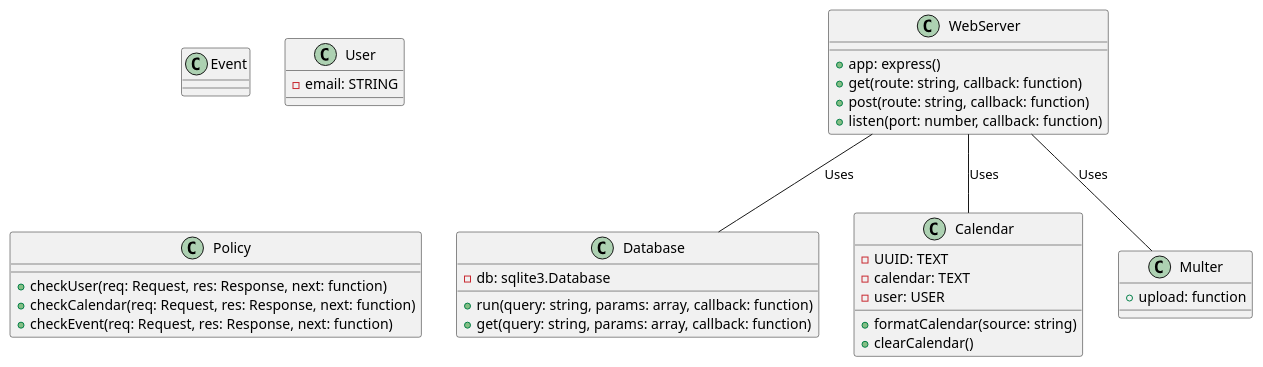
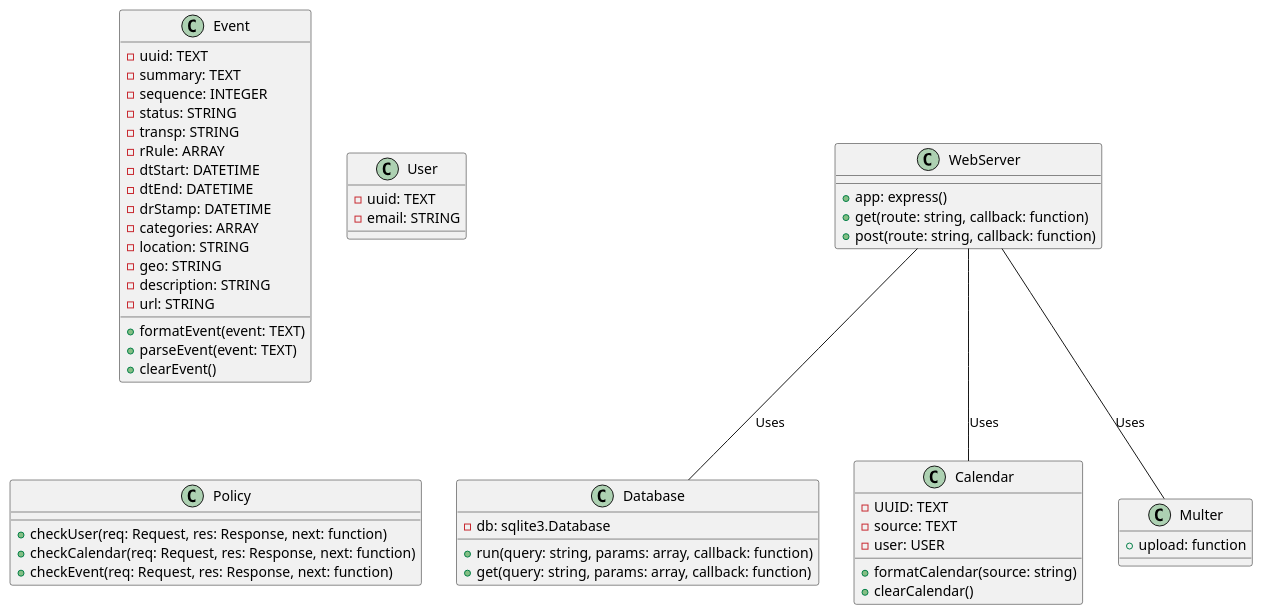
The diagram in uml.plantuml (YannickPerret/Yach), drawn with PlantUML before and after one commit. The commit also changed 23 other files, not shown here.

Commit message:
rename file and add prisma ORM database, create schema

```diff
--- a/uml.plantuml
+++ b/uml.plantuml
@@ -1,45 +1,64 @@
 @startuml
 
 class WebServer {
   +app: express()
   +get(route: string, callback: function)
   +post(route: string, callback: function)
-  +listen(port: number, callback: function)
 }
 
 class Database {
   -db: sqlite3.Database
   +run(query: string, params: array, callback: function)
   +get(query: string, params: array, callback: function)
 }
 
 class Calendar {
   -UUID: TEXT
-  -calendar: TEXT
+  -source: TEXT
   -user: USER
   +formatCalendar(source: string)
   +clearCalendar()
 }
 
+
 class Event {
+  -uuid: TEXT
+  -summary: TEXT
+  -sequence: INTEGER
+  -status: STRING
+  -transp: STRING
+  -rRule: ARRAY
+  -dtStart: DATETIME
+  -dtEnd: DATETIME
+  -drStamp: DATETIME
+  -categories: ARRAY
+  -location: STRING
+  -geo: STRING
+  -description: STRING
+  -url: STRING
+
+  +formatEvent(event: TEXT)
+  +parseEvent(event: TEXT)
+  +clearEvent()
 }
 
 class User {
+  -uuid: TEXT
   -email: STRING
 }
 
 class Policy {
   +checkUser(req: Request, res: Response, next: function)
   +checkCalendar(req: Request, res: Response, next: function)
   +checkEvent(req: Request, res: Response, next: function)
 }
 
 class Multer {
   +upload: function
 }
 
 WebServer -- Multer: Uses
 WebServer -- Database: Uses
 WebServer -- Calendar: Uses
 
 @enduml
```
